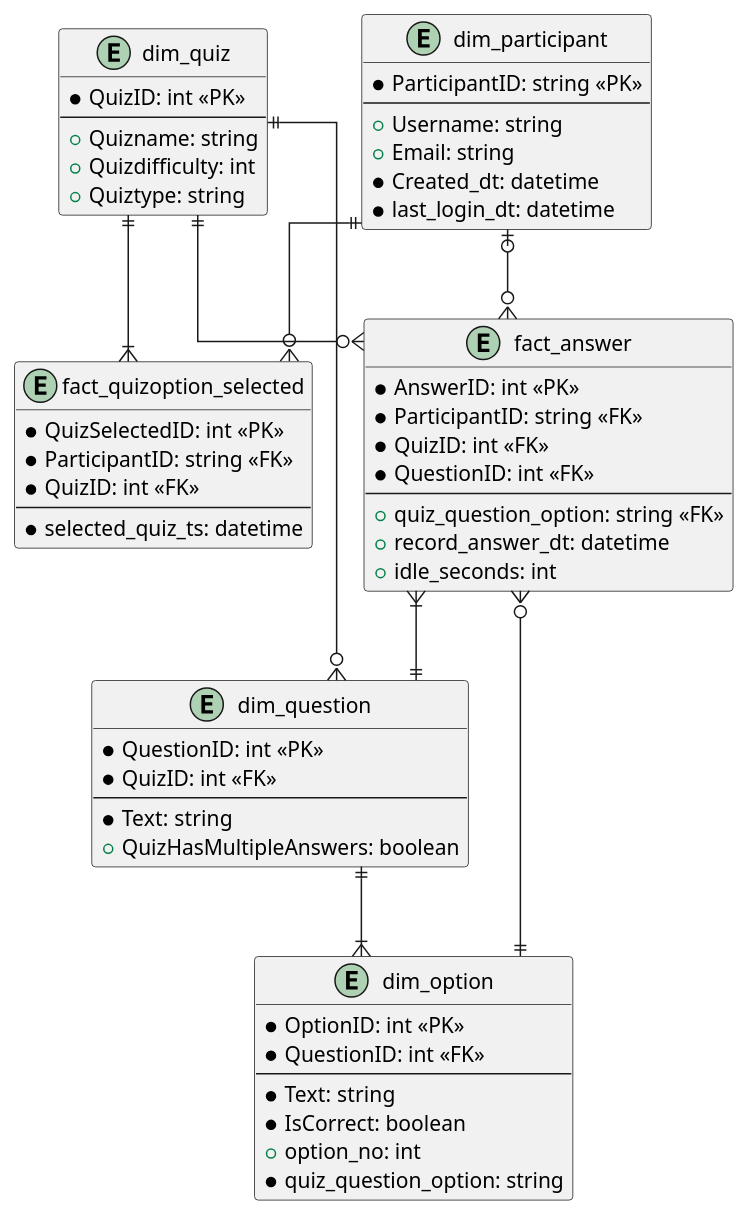
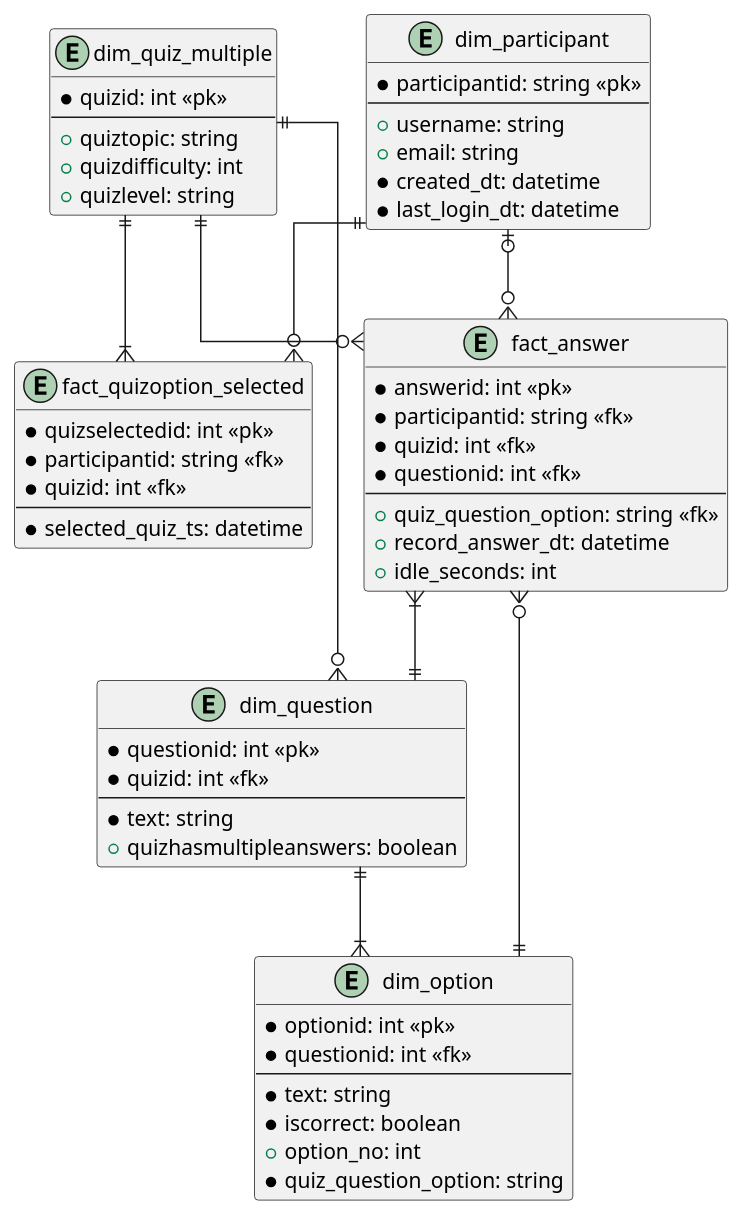
The diagram in database_ddl/ER_diagram.puml (lydnguyen/StudyBuddy), drawn with PlantUML before and after one commit. The commit also changed 4 other files, not shown here.

```diff
--- a/database_ddl/ER_diagram.puml
+++ b/database_ddl/ER_diagram.puml
@@ -1,70 +1,70 @@
 @startuml
 'reference https://plantuml.com/ie-diagram
 ' avoid problems with angled crows feet
 skinparam linetype ortho
 
 entity dim_participant {
-  *ParticipantID: string <<PK>>
+  *participantid: string <<pk>>
   --
-  +Username: string
-  +Email: string
-  *Created_dt: datetime
+  +username: string
+  +email: string
+  *created_dt: datetime
   *last_login_dt: datetime
 }
 
-entity dim_quiz {
-  *QuizID: int <<PK>>
+entity dim_quiz_multiple {
+  *quizid: int <<pk>>
   --
-  +Quizname: string
-  +Quizdifficulty: int
-  +Quiztype: string
+  +quiztopic: string
+  +quizdifficulty: int
+  +quizlevel: string
 }
 
 entity dim_question {
-  *QuestionID: int <<PK>>
-  *QuizID: int <<FK>>
+  *questionid: int <<pk>>
+  *quizid: int <<fk>>
   --
-  *Text: string
-  +QuizHasMultipleAnswers: boolean
+  *text: string
+  +quizhasmultipleanswers: boolean
 }
 
 entity dim_option {
-  *OptionID: int <<PK>>
-  *QuestionID: int <<FK>>
+  *optionid: int <<pk>>
+  *questionid: int <<fk>>
   --
-  *Text: string
-  *IsCorrect: boolean
+  *text: string
+  *iscorrect: boolean
   +option_no: int
   *quiz_question_option: string
 }
 
 entity fact_answer {
-  *AnswerID: int <<PK>>
-  *ParticipantID: string <<FK>>
-  *QuizID: int <<FK>>
-  *QuestionID: int <<FK>>
+  *answerid: int <<pk>>
+  *participantid: string <<fk>>
+  *quizid: int <<fk>>
+  *questionid: int <<fk>>
   --
-  +quiz_question_option: string <<FK>>
+  +quiz_question_option: string <<fk>>
   +record_answer_dt: datetime
   +idle_seconds: int
 }
 
 entity fact_quizoption_selected {
-  *QuizSelectedID: int <<PK>>
-  *ParticipantID: string <<FK>>
-  *QuizID: int <<FK>>
+  *quizselectedid: int <<pk>>
+  *participantid: string <<fk>>
+  *quizid: int <<fk>>
   --
   *selected_quiz_ts: datetime
 }
 
 
-dim_quiz ||--o{ dim_question
-dim_quiz ||--o{ fact_answer
-dim_quiz ||--|{ fact_quizoption_selected
+dim_quiz_multiple ||--o{ dim_question
+dim_quiz_multiple ||--o{ fact_answer
+dim_quiz_multiple ||--|{ fact_quizoption_selected
 dim_question ||--|{ dim_option
 dim_participant |o--o{ fact_answer
 dim_participant ||--o{ fact_quizoption_selected
 fact_answer }|--|| dim_question
 fact_answer }o--|| dim_option
 
 @enduml
```
